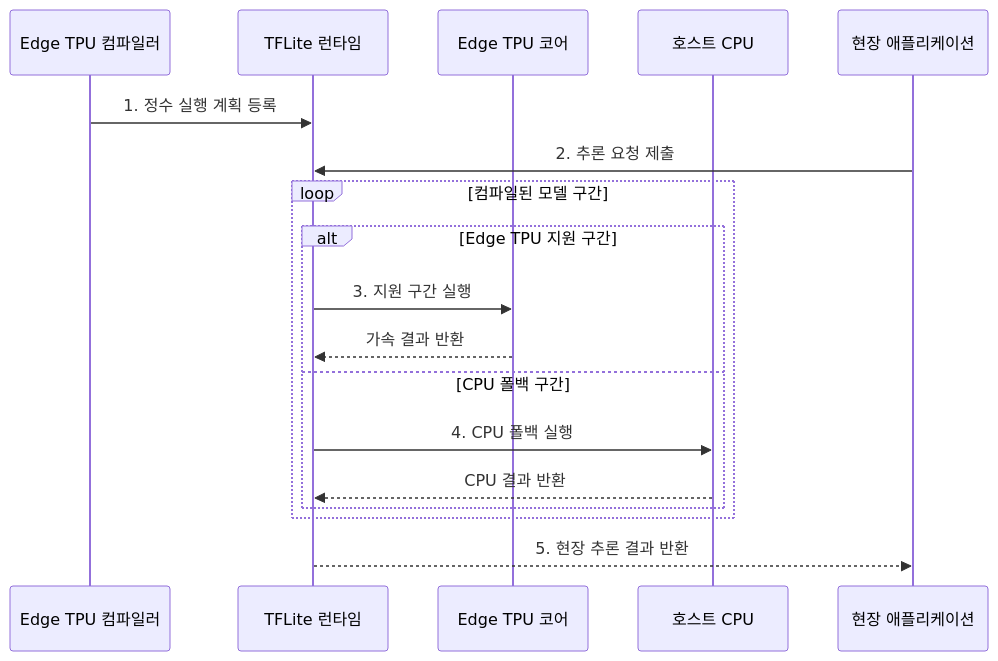
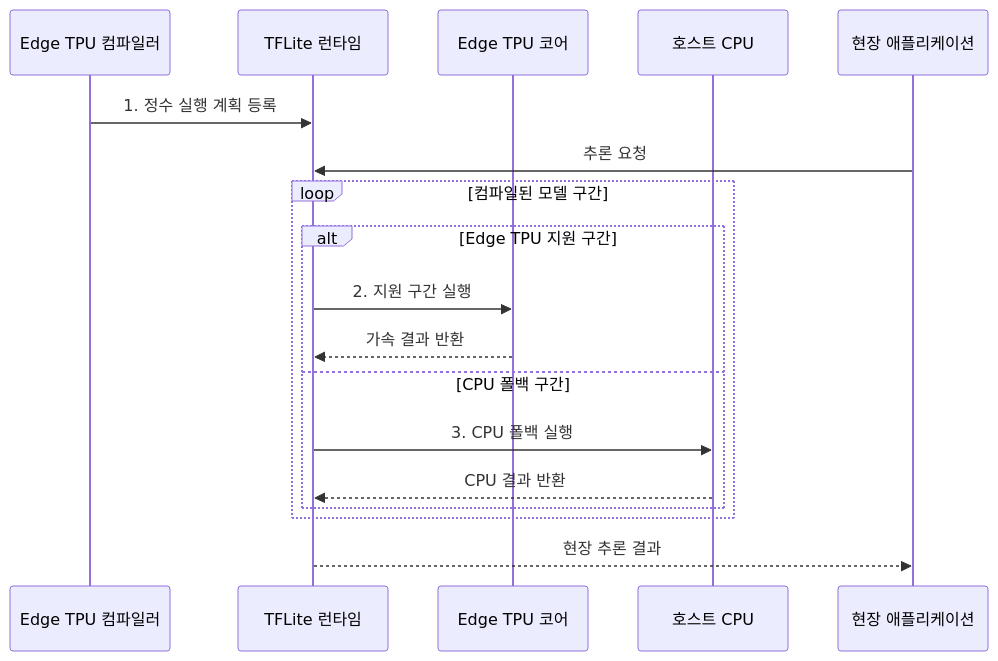
One commit to agnusdei1207/knowledge-base changed the second of 2 diagrams in src/content/docs/notes/02-hardware/045_edge_tpu.md. Above: the diagram before and after it, drawn with Mermaid. The commit also changed other lines of this file and 20 other files, not shown here.

````diff
--- a/src/content/docs/notes/02-hardware/045_edge_tpu.md
+++ b/src/content/docs/notes/02-hardware/045_edge_tpu.md
@@ -87,21 +87,21 @@
 ```mermaid
 sequenceDiagram
     participant C as Edge TPU 컴파일러
     participant R as TFLite 런타임
     participant E as Edge TPU 코어
     participant H as 호스트 CPU
     participant A as 현장 애플리케이션
 
     C->>R: 1. 정수 실행 계획 등록
-    A->>R: 2. 추론 요청 제출
+    A->>R: 추론 요청
     loop 컴파일된 모델 구간
         alt Edge TPU 지원 구간
-            R->>E: 3. 지원 구간 실행
+            R->>E: 2. 지원 구간 실행
             E-->>R: 가속 결과 반환
         else CPU 폴백 구간
-            R->>H: 4. CPU 폴백 실행
+            R->>H: 3. CPU 폴백 실행
             H-->>R: CPU 결과 반환
         end
     end
-    R-->>A: 5. 현장 추론 결과 반환
+    R-->>A: 현장 추론 결과
 ```
````
